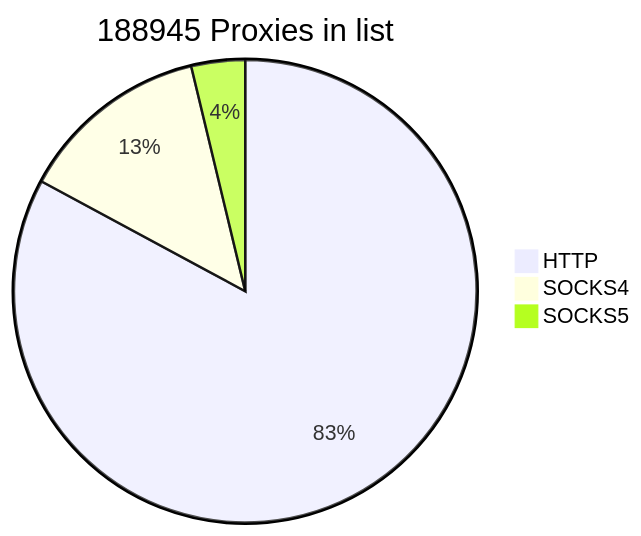
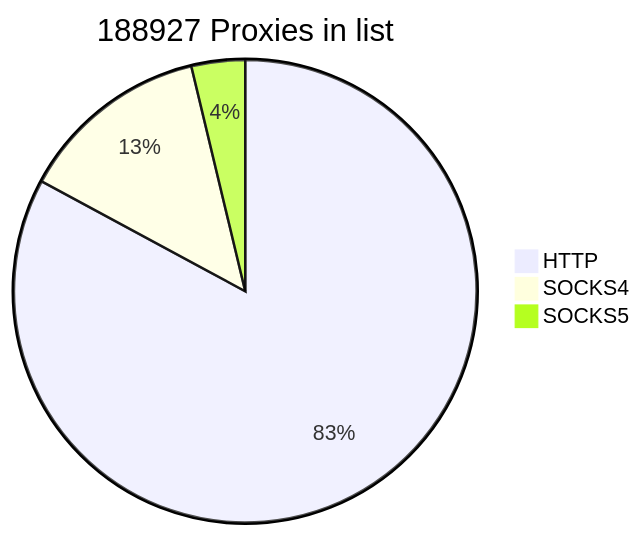
The first of 2 diagrams in README.md (cutipu/proxylist), drawn with Mermaid before and after one commit. The commit also changed other lines of this file, not shown here.

````diff
--- a/README.md
+++ b/README.md
@@ -2,7 +2,7 @@
 ```mermaid
-pie title 188945 Proxies in list
+pie title 188927 Proxies in list
     "HTTP" : 156580
     "SOCKS4" : 25271
-    "SOCKS5" : 7094
+    "SOCKS5" : 7076
             
 ```
````
